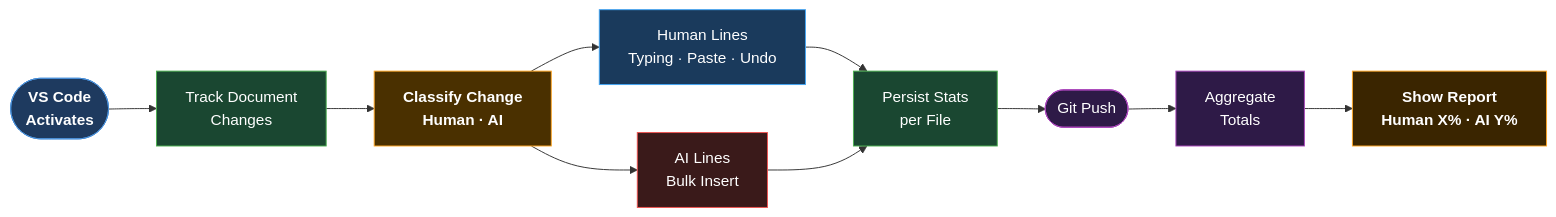
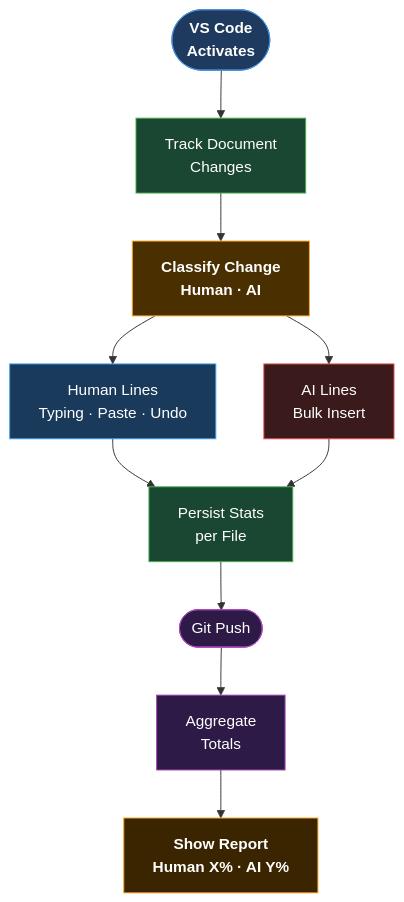
The diagram in README.md (EnterpriseAIInsights/ai-code-capture), drawn with Mermaid before and after one commit.

Commit message:
feat: update summary flow diagram to vertical layout in README

````diff
--- a/README.md
+++ b/README.md
@@ -7,24 +7,24 @@
 ```mermaid
-flowchart LR
+flowchart TD
     classDef start   fill:#1e3a5f,stroke:#4a90d9,color:#ffffff,font-weight:bold
     classDef track   fill:#1a4731,stroke:#4caf50,color:#ffffff
     classDef classify fill:#4a3000,stroke:#ffa726,color:#ffffff,font-weight:bold
     classDef human   fill:#1a3a5c,stroke:#42a5f5,color:#ffffff
     classDef ai      fill:#3a1a1a,stroke:#ef5350,color:#ffffff
     classDef git     fill:#2e1a47,stroke:#ab47bc,color:#ffffff
     classDef report  fill:#3a2500,stroke:#ffa726,color:#ffffff,font-weight:bold
 
     A([VS Code\nActivates]):::start
     B[Track Document\nChanges]:::track
     C[Classify Change\nHuman · AI]:::classify
     D[Human Lines\nTyping · Paste · Undo]:::human
     E[AI Lines\nBulk Insert]:::ai
     F[Persist Stats\nper File]:::track
     G([Git Push]):::git
     H[Aggregate\nTotals]:::git
     I[Show Report\nHuman X% · AI Y%]:::report
 
     A --> B --> C --> D --> F
     C --> E --> F
     F --> G --> H --> I
 ```
````
